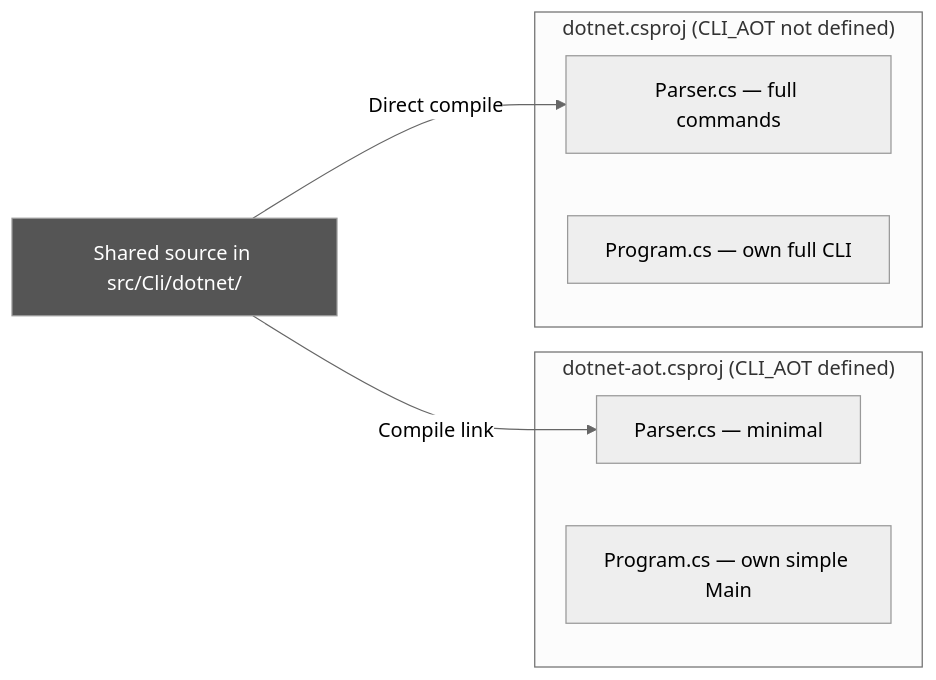
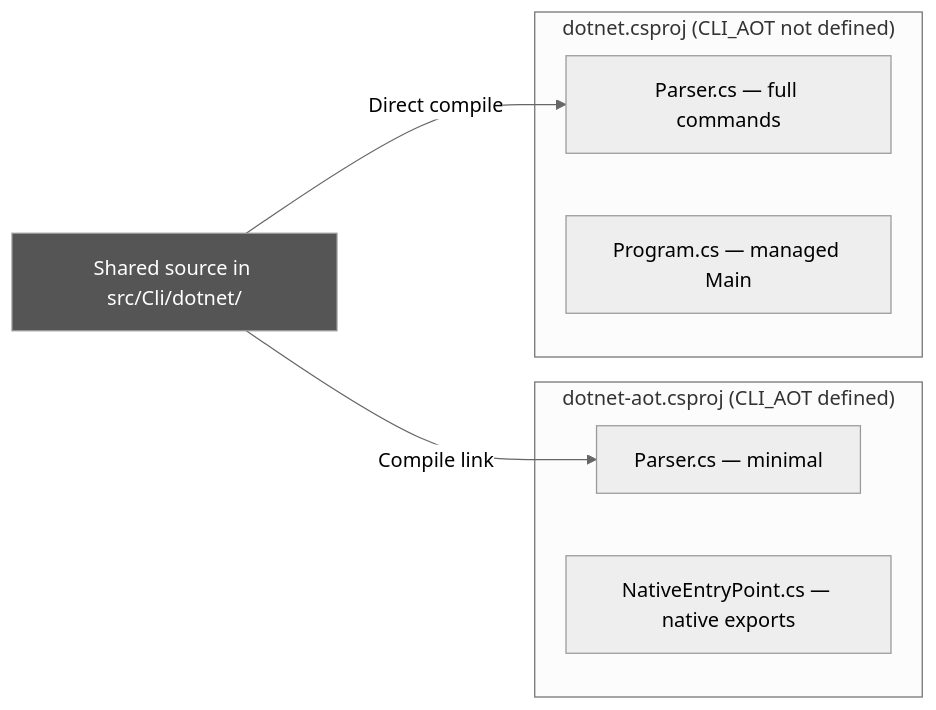
Before and after one commit to dotnet/sdk: the third of 6 diagrams in src/Cli/dotnet-aot/DESIGN.md, drawn with Mermaid (neutral theme). The commit also changed other lines of this file and 2 other files, not shown here.

First line of the commit message:
Drop Program.cs from dotnet-aot entirely

````diff
--- a/src/Cli/dotnet-aot/DESIGN.md
+++ b/src/Cli/dotnet-aot/DESIGN.md
@@ -215,17 +218,17 @@
 ```mermaid
 graph LR
     subgraph "dotnet-aot.csproj (CLI_AOT defined)"
         PA["Parser.cs — minimal"]
-        PR["Program.cs — own simple Main"]
+        PR["NativeEntryPoint.cs — native exports"]
     end
 
     subgraph "dotnet.csproj (CLI_AOT not defined)"
         PB["Parser.cs — full commands"]
-        PS["Program.cs — own full CLI"]
+        PS["Program.cs — managed Main"]
     end
 
     SRC["Shared source in src/Cli/dotnet/"] -->|"Compile link"| PA
     SRC -->|"Direct compile"| PB
 
     style SRC fill:#555,stroke:#999,color:#fff
 ```
````
